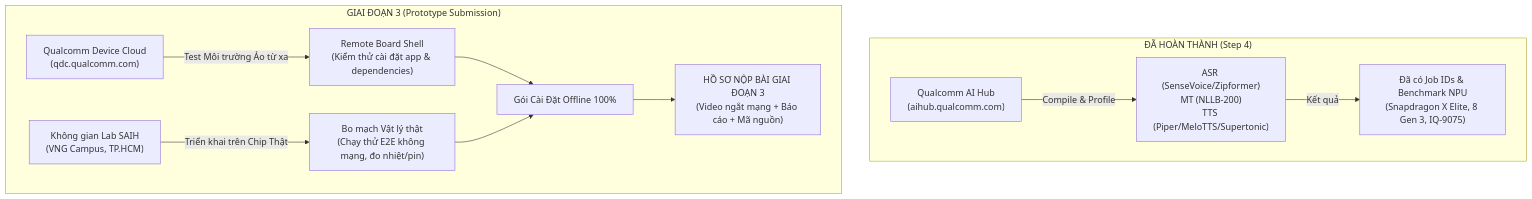
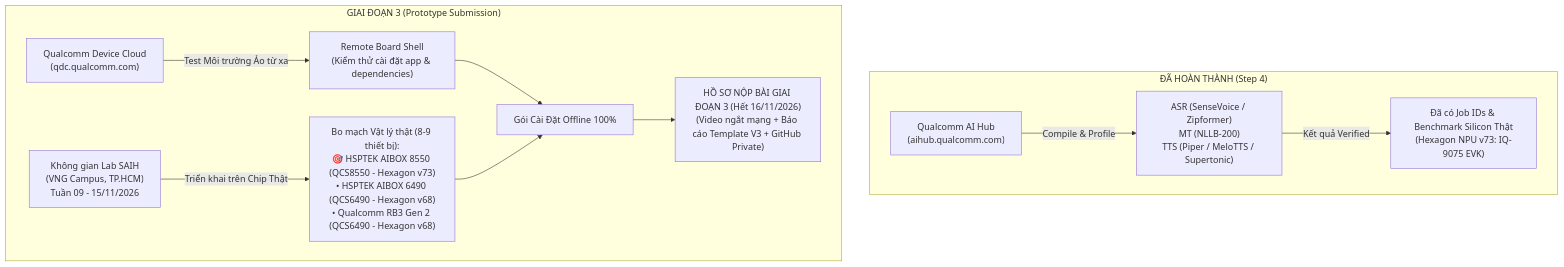
One commit to LGKAI/AuraTranslateEdge-OneVoice changed the diagram in docs/phase3_prototype_submission/phase3_roadmap.md. Above: the diagram before and after it, drawn with Mermaid. The commit also changed other lines of this file, not shown here.

Commit message:
update roadmap for phase 3

````diff
--- a/docs/phase3_prototype_submission/phase3_roadmap.md
+++ b/docs/phase3_prototype_submission/phase3_roadmap.md
@@ -143,16 +138,16 @@
 ```mermaid
 flowchart TD
     subgraph Step4_Done ["ĐÃ HOÀN THÀNH (Step 4)"]
-        AI_Hub["Qualcomm AI Hub\n(aihub.qualcomm.com)"] -->|Compile & Profile| Models["ASR (SenseVoice/Zipformer)\nMT (NLLB-200)\nTTS (Piper/MeloTTS/Supertonic)"]
-        Models -->|Kết quả| Job_IDs["Đã có Job IDs & Benchmark NPU\n(Snapdragon X Elite, 8 Gen 3, IQ-9075)"]
+        AI_Hub["Qualcomm AI Hub\n(aihub.qualcomm.com)"] -->|Compile & Profile| Models["ASR (SenseVoice / Zipformer)\nMT (NLLB-200)\nTTS (Piper / MeloTTS / Supertonic)"]
+        Models -->|Kết quả Verified| Job_IDs["Đã có Job IDs & Benchmark Silicon Thật\n(Hexagon NPU v73: IQ-9075 EVK)"]
     end
 
     subgraph Step5_Phase3 ["GIAI ĐOẠN 3 (Prototype Submission)"]
         QDC["Qualcomm Device Cloud\n(qdc.qualcomm.com)"] -->|Test Môi trường Ảo từ xa| Virtual_Board["Remote Board Shell\n(Kiểm thử cài đặt app & dependencies)"]
-        SAIH["Không gian Lab SAIH\n(VNG Campus, TP.HCM)"] -->|Triển khai trên Chip Thật| Physical_Board["Bo mạch Vật lý thật\n(Chạy thử E2E không mạng, đo nhiệt/pin)"]
+        SAIH["Không gian Lab SAIH\n(VNG Campus, TP.HCM)\nTuần 09 - 15/11/2026"] -->|Triển khai trên Chip Thật| Physical_Board["Bo mạch Vật lý thật (8-9 thiết bị):\n🎯 HSPTEK AIBOX 8550 (QCS8550 - Hexagon v73)\n• HSPTEK AIBOX 6490 (QCS6490 - Hexagon v68)\n• Qualcomm RB3 Gen 2 (QCS6490 - Hexagon v68)"]
         
         Virtual_Board --> E2E_Package["Gói Cài Đặt Offline 100%"]
         Physical_Board --> E2E_Package
-        E2E_Package --> Final_Submission["HỒ SƠ NỘP BÀI GIAI ĐOẠN 3\n(Video ngắt mạng + Báo cáo + Mã nguồn)"]
+        E2E_Package --> Final_Submission["HỒ SƠ NỘP BÀI GIAI ĐOẠN 3 (Hết 16/11/2026)\n(Video ngắt mạng + Báo cáo Template V3 + GitHub Private)"]
     end
 ```
````
